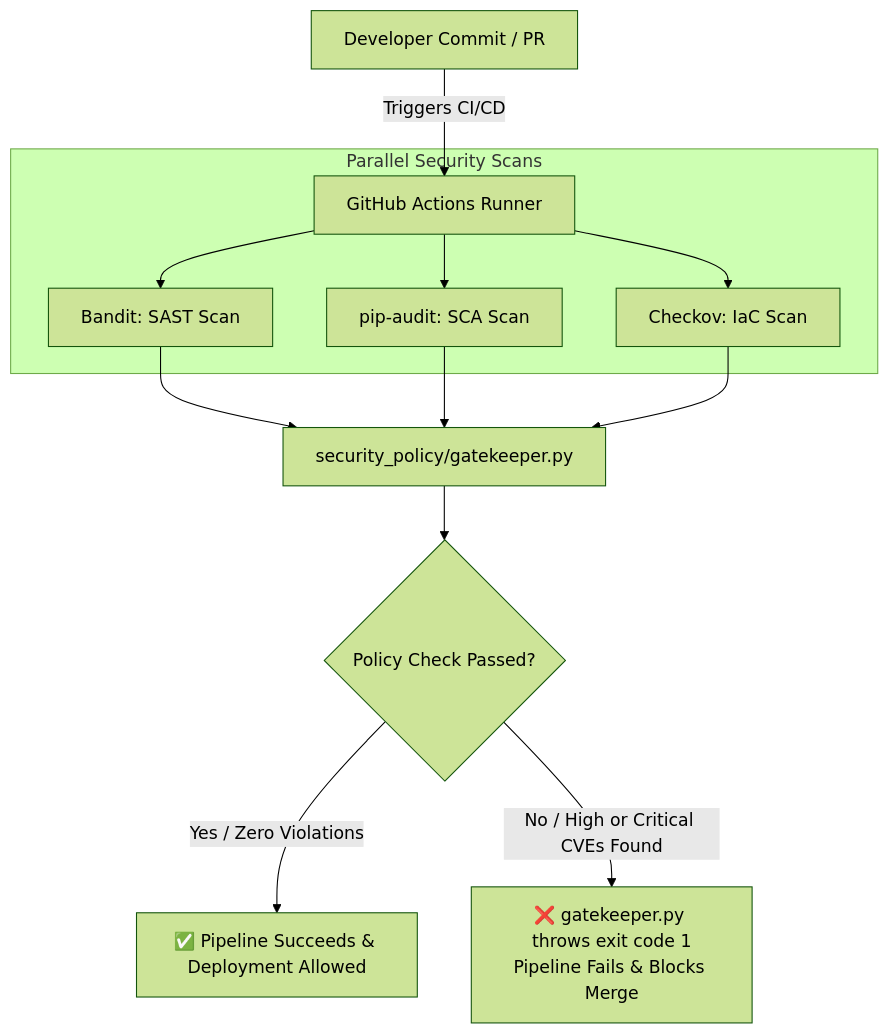
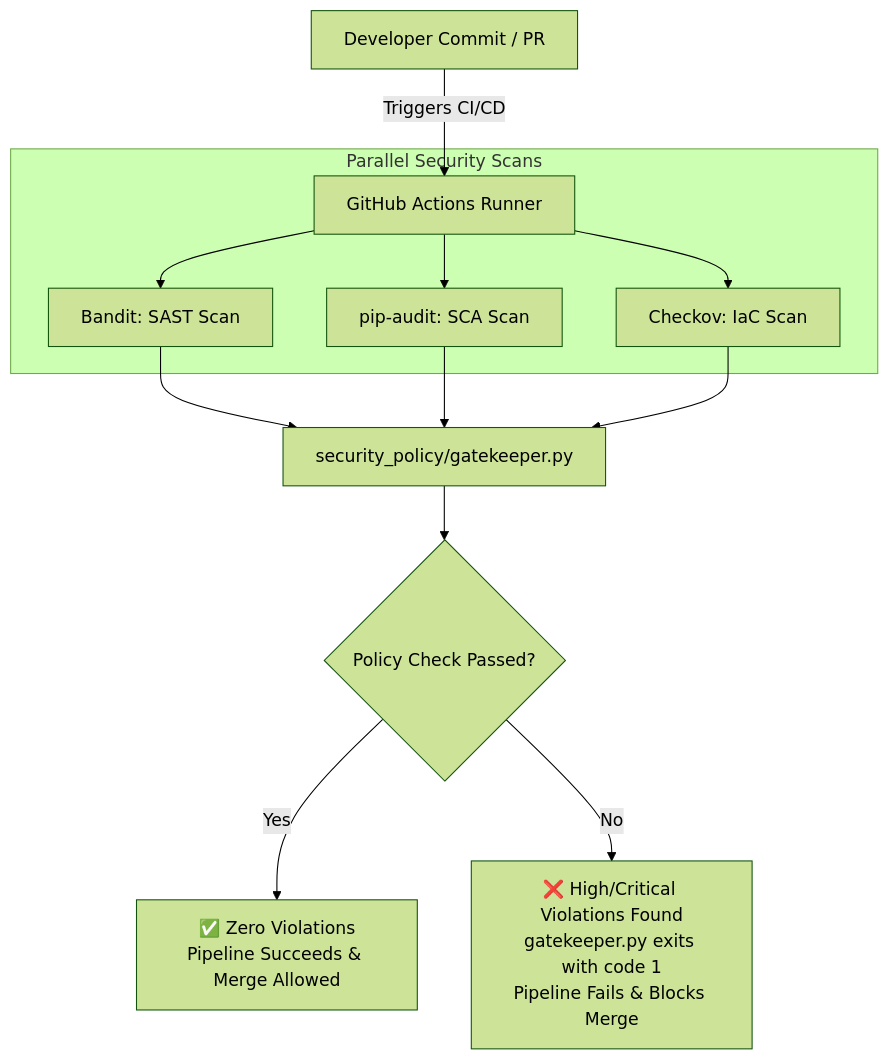
One commit to rajeshgurindapalli15-crypto/devsecops-compliance-pipeline changed the diagram in README.md. Above: the diagram before and after it, drawn with Mermaid (forest theme).

````diff
--- a/README.md
+++ b/README.md
@@ -16,19 +16,19 @@
 ```mermaid
 graph TD
     A[Developer Commit / PR] -->|Triggers CI/CD| B[GitHub Actions Runner]
     
     subgraph Parallel Security Scans
         B --> C[Bandit: SAST Scan]
         B --> D[pip-audit: SCA Scan]
         B --> E[Checkov: IaC Scan]
     end
     
     C --> F[security_policy/gatekeeper.py]
     D --> F
     E --> F
     
     F --> G{Policy Check Passed?}
     
-    G -->|Yes / Zero Violations| I[✅ Pipeline Succeeds & Deployment Allowed]
-    G -->|No / High or Critical CVEs Found | H[❌ gatekeeper.py throws exit code 1<br/>Pipeline Fails & Blocks Merge]
+    G -->|Yes| I[✅ Zero Violations<br/>Pipeline Succeeds & Merge Allowed]
+    G -->|No| H[❌ High/Critical Violations Found<br/>gatekeeper.py exits with code 1<br/>Pipeline Fails & Blocks Merge]
 ```
````
